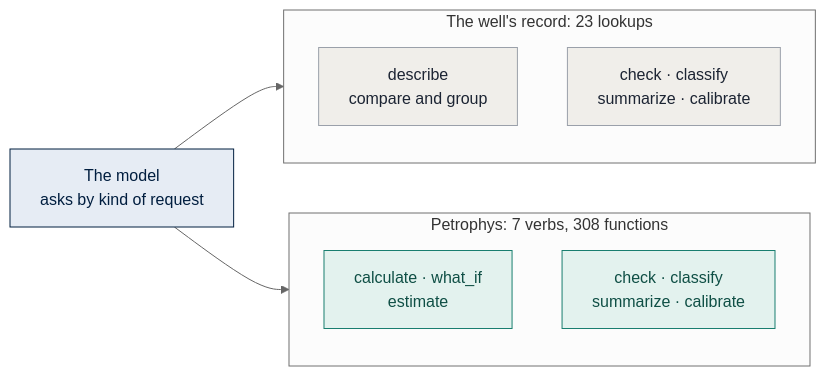
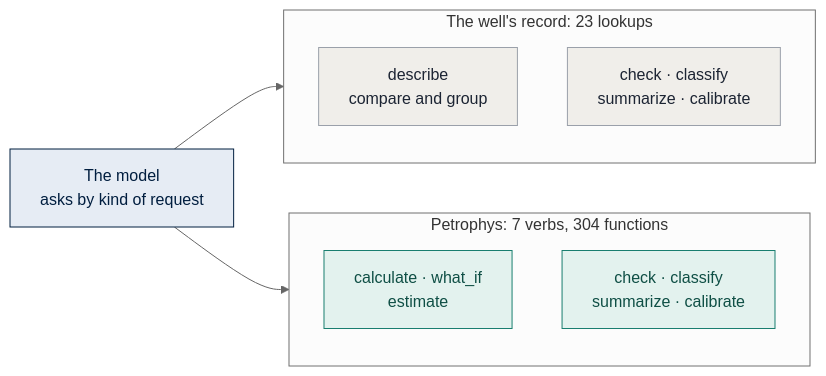
One commit to sambalshikhar/PetroHarness changed the diagram in docs/TOOLS.md. Above: the diagram before and after it, drawn with Mermaid (neutral theme). The commit also changed other lines of this file and 248 other files, not shown here.

````diff
--- a/docs/TOOLS.md
+++ b/docs/TOOLS.md
@@ -8,20 +8,20 @@
 ```mermaid
 flowchart LR
     M["The model<br/>asks by kind of request"]:::model
     subgraph REC ["The well's record: 23 lookups"]
         direction TB
         r1["describe<br/>compare and group"]:::record
         r2["check · classify<br/>summarize · calibrate"]:::record
     end
-    subgraph PP ["Petrophys: 7 verbs, 308 functions"]
+    subgraph PP ["Petrophys: 7 verbs, 304 functions"]
         direction TB
         p1["calculate · what_if<br/>estimate"]:::petrophys
         p2["check · classify<br/>summarize · calibrate"]:::petrophys
     end
     M --> REC
     M --> PP
 
     classDef petrophys fill:#e3f2ee,stroke:#197e6f,color:#0f4f45
     classDef record fill:#f0eeea,stroke:#9aa0aa,color:#1c2433
     classDef model fill:#e6ecf4,stroke:#011e3f,color:#011e3f
 ```
````
